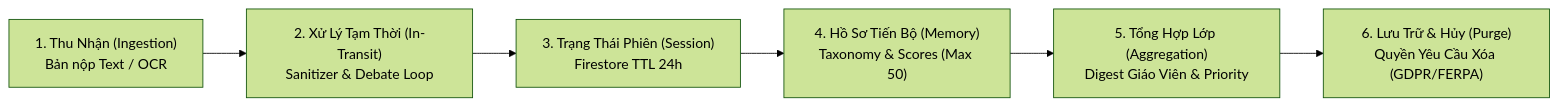
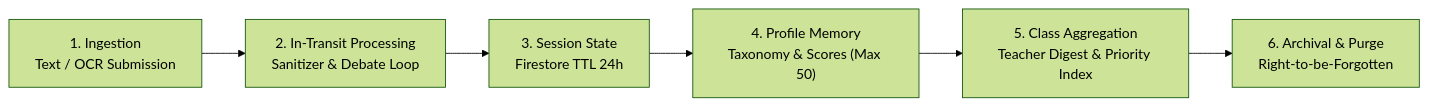
The diagram in docs/data_lifecycle_and_privacy.md (francisnguyenanh/EduAgent), drawn with Mermaid (forest theme) before and after one commit. The commit also changed other lines of this file and 13 other files, not shown here.

````diff
--- a/docs/data_lifecycle_and_privacy.md
+++ b/docs/data_lifecycle_and_privacy.md
@@ -11,8 +11,8 @@
 ```mermaid
 flowchart LR
-    A["1. Thu Nhận (Ingestion)<br>Bản nộp Text / OCR"] --> B["2. Xử Lý Tạm Thời (In-Transit)<br>Sanitizer & Debate Loop"]
-    B --> C["3. Trạng Thái Phiên (Session)<br>Firestore TTL 24h"]
-    C --> D["4. Hồ Sơ Tiến Bộ (Memory)<br>Taxonomy & Scores (Max 50)"]
-    D --> E["5. Tổng Hợp Lớp (Aggregation)<br>Digest Giáo Viên & Priority"]
-    E --> F["6. Lưu Trữ & Hủy (Purge)<br>Quyền Yêu Cầu Xóa (GDPR/FERPA)"]
+    A["1. Ingestion<br>Text / OCR Submission"] --> B["2. In-Transit Processing<br>Sanitizer & Debate Loop"]
+    B --> C["3. Session State<br>Firestore TTL 24h"]
+    C --> D["4. Profile Memory<br>Taxonomy & Scores (Max 50)"]
+    D --> E["5. Class Aggregation<br>Teacher Digest & Priority Index"]
+    E --> F["6. Archival & Purge<br>Right-to-be-Forgotten"]
 ```
````
